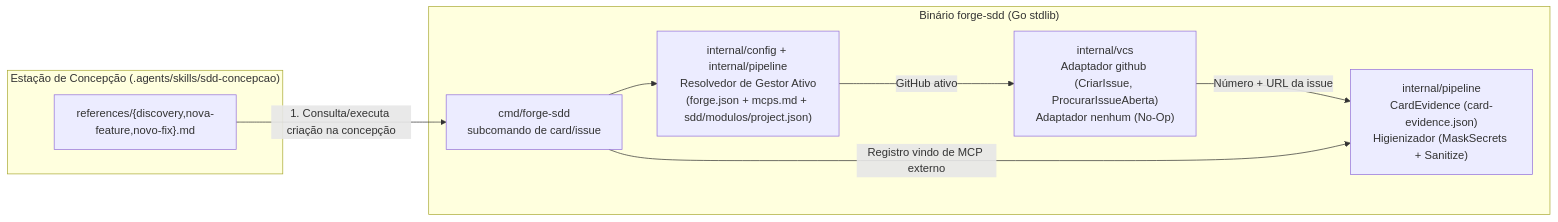
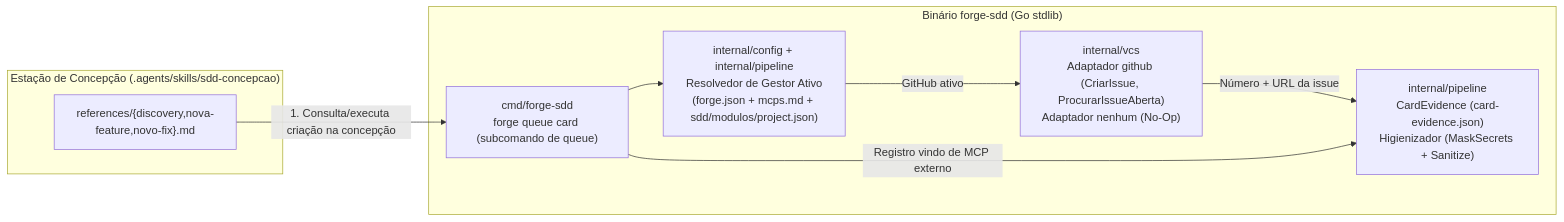
One commit to nathanramorim/forge-sdd changed the second of 3 diagrams in sdd/discovery/113-criacao-automatica-issue-concepcao/criteria.md. Above: the diagram before and after it, drawn with Mermaid. The commit also changed 2 other files, not shown here.

Commit message:
docs(113): forge card vira subcomando de queue (sem comando novo, sem ADR)
Decisão do dono: o vínculo do card entra como forge queue card, subcomando do
comando existente, então o conjunto de ARQ-06 não muda.

Claude-Session: https://claude.ai/code/session_01SPFA8xndmxpCp4wbvDTHVM

````diff
--- a/sdd/discovery/113-criacao-automatica-issue-concepcao/criteria.md
+++ b/sdd/discovery/113-criacao-automatica-issue-concepcao/criteria.md
@@ -67,19 +67,19 @@
 ```mermaid
 flowchart LR
     subgraph Concepcao["Estação de Concepção (.agents/skills/sdd-concepcao)"]
         Refs["references/{discovery,nova-feature,novo-fix}.md"]
     end
 
     subgraph CoreGo["Binário forge-sdd (Go stdlib)"]
-        CmdCard["cmd/forge-sdd<br/>subcomando de card/issue"]
+        CmdCard["cmd/forge-sdd<br/>forge queue card (subcomando de queue)"]
         Resolver["internal/config + internal/pipeline<br/>Resolvedor de Gestor Ativo<br/>(forge.json + mcps.md + sdd/modulos/project.json)"]
         VCS["internal/vcs<br/>Adaptador github (CriarIssue, ProcurarIssueAberta)<br/>Adaptador nenhum (No-Op)"]
         Evidencia["internal/pipeline<br/>CardEvidence (card-evidence.json)<br/>Higienizador (MaskSecrets + Sanitize)"]
     end
 
     Refs -->|"1. Consulta/executa criação na concepção"| CmdCard
     CmdCard --> Resolver
     Resolver -->|"GitHub ativo"| VCS
     VCS -->|"Número + URL da issue"| Evidencia
     CmdCard -->|"Registro vindo de MCP externo"| Evidencia
 ```
````
